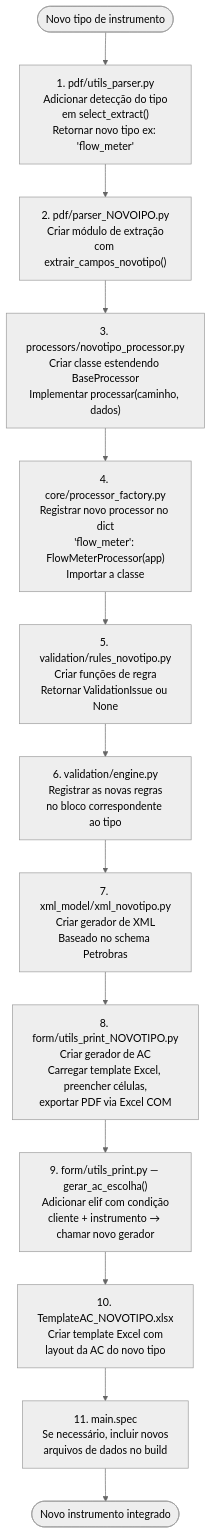
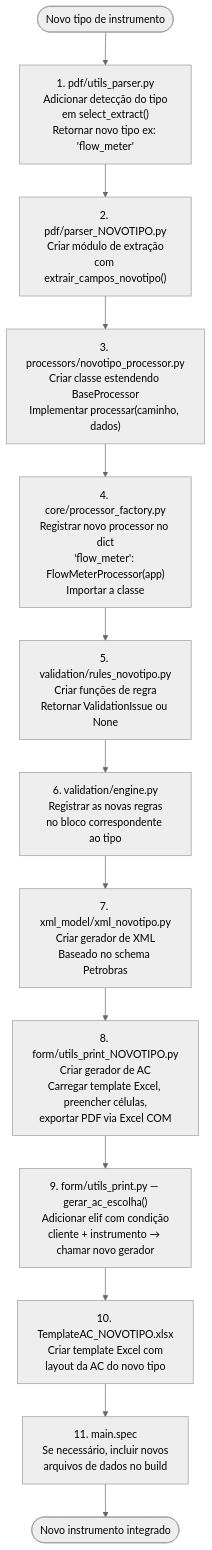
One commit to 1998-sys/AC-s_app changed the third of 4 diagrams in DOCUMENTACAO.md. Above: the diagram before and after it, drawn with Mermaid (neutral theme). The commit also changed other lines of this file, not shown here.

````diff
--- a/DOCUMENTACAO.md
+++ b/DOCUMENTACAO.md
@@ -138,38 +174,38 @@
 ```mermaid
 flowchart TD
     START([Novo tipo de instrumento]) --> P1
 
     P1["1. pdf/utils_parser.py\nAdicionar detecção do tipo\nem select_extract()\nRetornar novo tipo ex: 'flow_meter'"]
     P1 --> P2
 
-    P2["2. pdf/parser_NOVOIPO.py\nCriar módulo de extração\ncom extrair_campos_novotipo()"]
+    P2["2. pdf/parser_NOVOTIPO.py\nCriar módulo de extração\ncom extrair_campos_novotipo()"]
     P2 --> P3
 
     P3["3. processors/novotipo_processor.py\nCriar classe estendendo BaseProcessor\nImplementar processar(caminho, dados)"]
     P3 --> P4
 
     P4["4. core/processor_factory.py\nRegistrar novo processor no dict\n'flow_meter': FlowMeterProcessor(app)\nImportar a classe"]
     P4 --> P5
 
     P5["5. validation/rules_novotipo.py\nCriar funções de regra\nRetornar ValidationIssue ou None"]
     P5 --> P6
 
     P6["6. validation/engine.py\nRegistrar as novas regras\nno bloco correspondente ao tipo"]
     P6 --> P7
 
     P7["7. xml_model/xml_novotipo.py\nCriar gerador de XML\nBaseado no schema Petrobras"]
     P7 --> P8
 
     P8["8. form/utils_print_NOVOTIPO.py\nCriar gerador de AC\nCarregar template Excel, preencher células,\nexportar PDF via Excel COM"]
     P8 --> P9
 
     P9["9. form/utils_print.py — gerar_ac_escolha()\nAdicionar elif com condição\ncliente + instrumento → chamar novo gerador"]
     P9 --> P10
 
     P10["10. TemplateAC_NOVOTIPO.xlsx\nCriar template Excel com\nlayout da AC do novo tipo"]
     P10 --> P11
 
     P11["11. main.spec\nSe necessário, incluir novos\narquivos de dados no build"]
 
     P11 --> END([Novo instrumento integrado])
 ```
````
